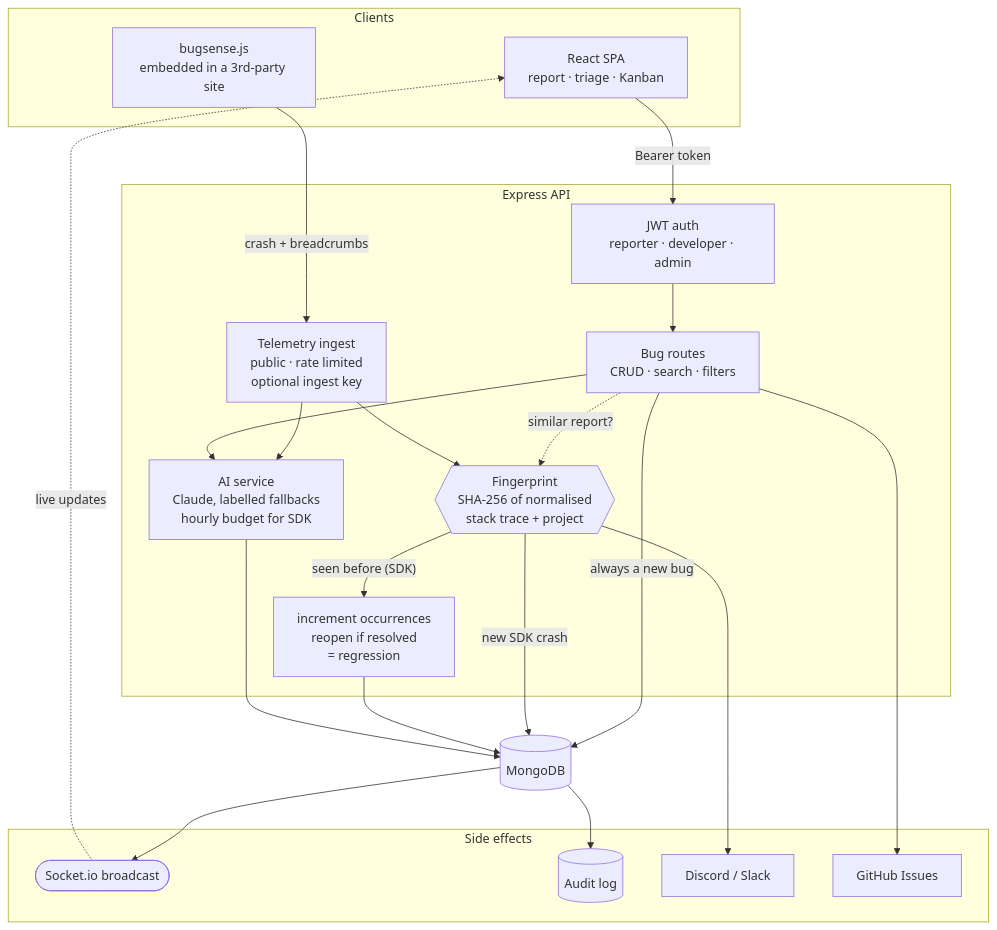
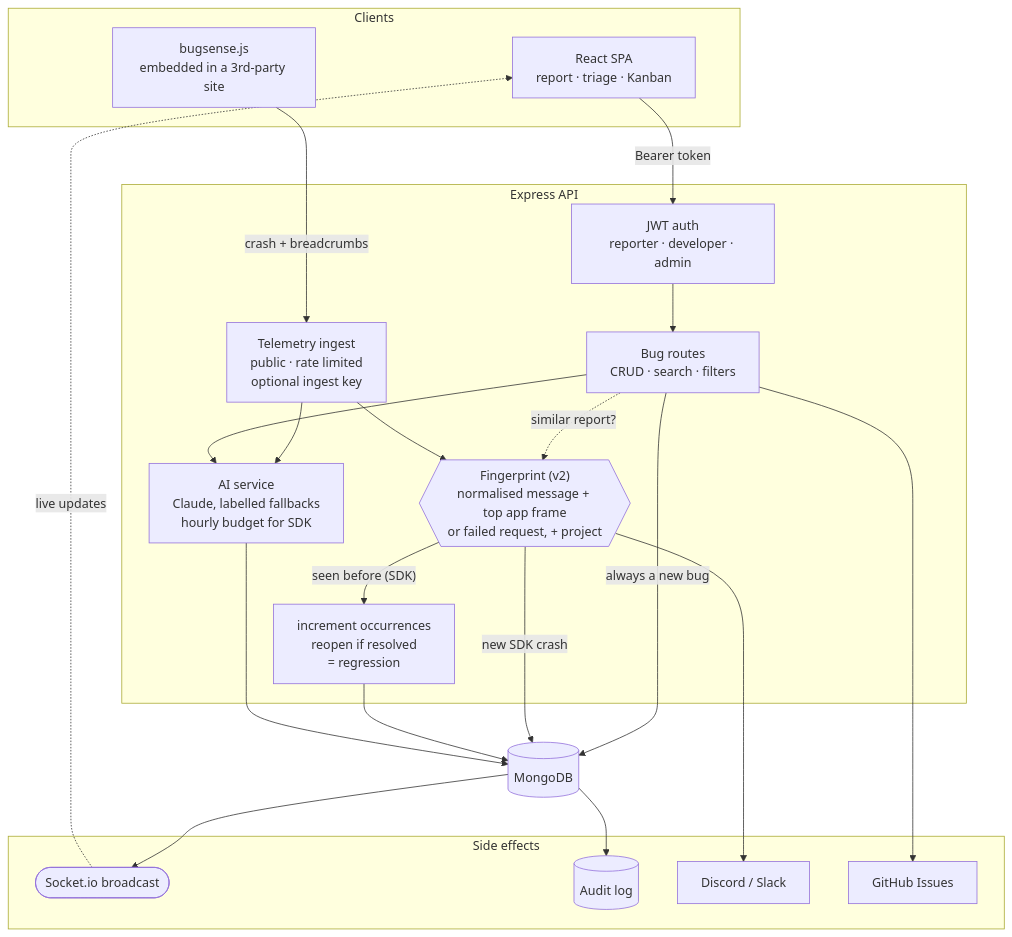
The diagram in docs/ARCHITECTURE.md (Krishnendu-9/bugsense), drawn with Mermaid before and after one commit. The commit also changed other lines of this file and 1 other file, not shown here.

````diff
--- a/docs/ARCHITECTURE.md
+++ b/docs/ARCHITECTURE.md
@@ -15,47 +15,47 @@
 ```mermaid
 flowchart TB
     subgraph clients["Clients"]
         UI["React SPA<br/>report · triage · Kanban"]
         SDK["bugsense.js<br/>embedded in a 3rd-party site"]
     end
 
     subgraph api["Express API"]
         AUTH["JWT auth<br/>reporter · developer · admin"]
         BUGS["Bug routes<br/>CRUD · search · filters"]
         TEL["Telemetry ingest<br/>public · rate limited<br/>optional ingest key"]
-        FP{{"Fingerprint<br/>SHA-256 of normalised<br/>stack trace + project"}}
+        FP{{"Fingerprint (v2)<br/>normalised message + top app frame<br/>or failed request, + project"}}
         INC["increment occurrences<br/>reopen if resolved<br/>= regression"]
         AI["AI service<br/>Claude, labelled fallbacks<br/>hourly budget for SDK"]
     end
 
     subgraph out["Side effects"]
         WS(["Socket.io broadcast"])
         AUDIT[("Audit log")]
         HOOK["Discord / Slack"]
         GH["GitHub Issues"]
     end
 
     DB[("MongoDB")]
 
     UI -->|"Bearer token"| AUTH
     AUTH --> BUGS
     SDK -->|"crash + breadcrumbs"| TEL
 
     BUGS -->|"always a new bug"| DB
     BUGS -.->|"similar report?"| FP
     TEL --> FP
 
     FP -->|"new SDK crash"| DB
     FP -->|"seen before (SDK)"| INC
     INC --> DB
     TEL --> AI
 
     DB --> WS
     DB --> AUDIT
     FP --> HOOK
     BUGS --> AI
     AI --> DB
     BUGS --> GH
 
     WS -.->|"live updates"| UI
 ```
````
